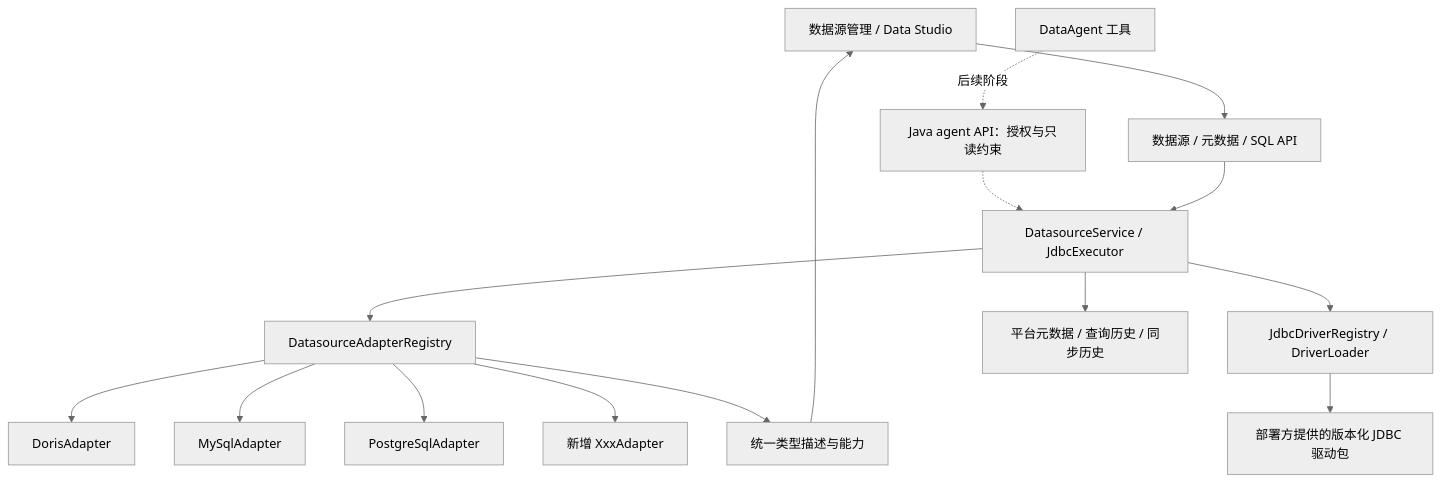
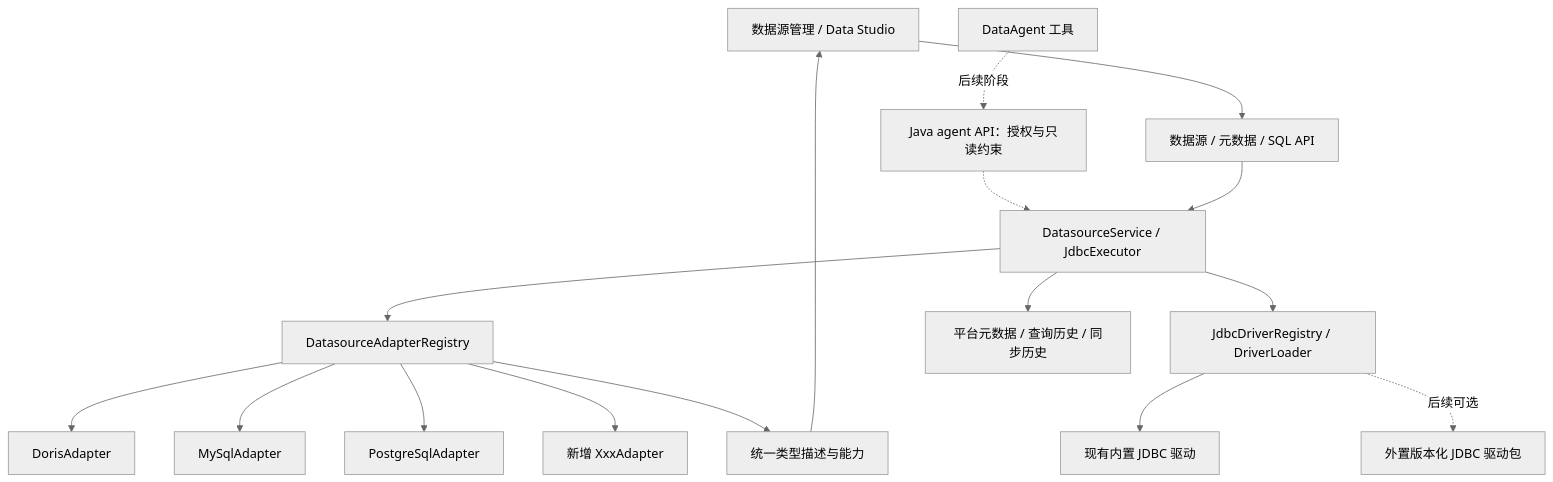
Before and after one commit to opendata-lab/opendataworks: the diagram in docs/design/2026-10-22-datasource-adapter-design.md, drawn with Mermaid (neutral theme). The commit also changed other lines of this file and 68 other files, not shown here.

````diff
--- a/docs/design/2026-10-22-datasource-adapter-design.md
+++ b/docs/design/2026-10-22-datasource-adapter-design.md
@@ -29,17 +29,18 @@
 ```mermaid
 flowchart TD
   UI[数据源管理 / Data Studio] --> API[数据源 / 元数据 / SQL API]
   Agent[DataAgent 工具] -. 后续阶段 .-> AgentAPI[Java agent API：授权与只读约束]
   AgentAPI -.-> Service[DatasourceService / JdbcExecutor]
   API --> Service
   Service --> Registry[DatasourceAdapterRegistry]
   Registry --> Doris[DorisAdapter]
   Registry --> Mysql[MySqlAdapter]
   Registry --> PG[PostgreSqlAdapter]
   Registry --> Next[新增 XxxAdapter]
   Service --> Drivers[JdbcDriverRegistry / DriverLoader]
-  Drivers --> External[部署方提供的版本化 JDBC 驱动包]
+  Drivers --> Builtin[现有内置 JDBC 驱动]
+  Drivers -. 后续可选 .-> External[外置版本化 JDBC 驱动包]
   Service --> Store[平台元数据 / 查询历史 / 同步历史]
   Registry --> Descriptor[统一类型描述与能力]
   Descriptor --> UI
 ```
````
